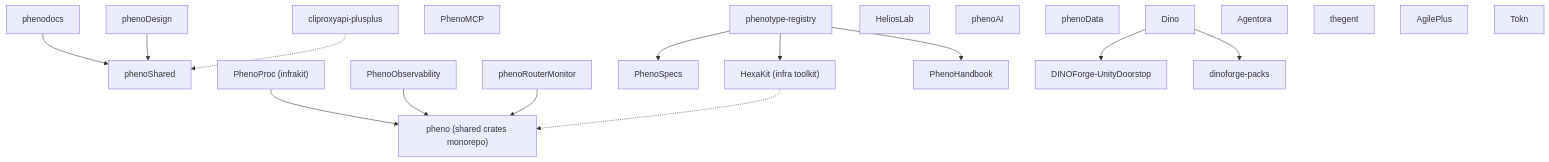
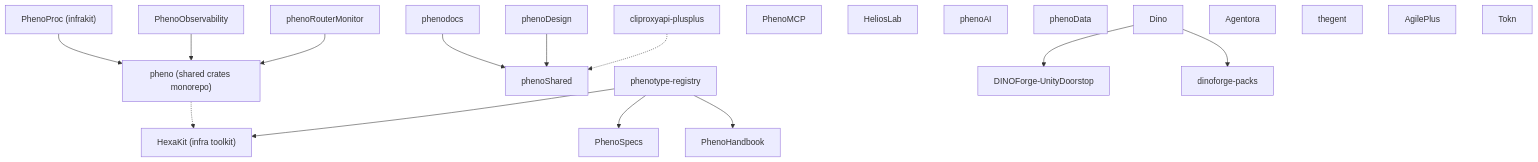
The diagram in ECOSYSTEM_MAP.md (KooshaPari/phenotype-registry), drawn with Mermaid before and after one commit. The commit also changed other lines of this file, not shown here.

````diff
--- a/ECOSYSTEM_MAP.md
+++ b/ECOSYSTEM_MAP.md
@@ -72,39 +72,39 @@
 ```mermaid
 graph TD
     pheno["pheno (shared crates monorepo)"]
     HexaKit["HexaKit (infra toolkit)"]
     PhenoProc["PhenoProc (infrakit)"]
     PhenoObservability["PhenoObservability"]
     phenoRouterMonitor["phenoRouterMonitor"]
     phenoShared["phenoShared"]
     phenodocs["phenodocs"]
     phenoDesign["phenoDesign"]
     cliproxyapi["cliproxyapi-plusplus"]
     PhenoMCP["PhenoMCP"]
     phenotype_registry["phenotype-registry"]
     PhenoSpecs["PhenoSpecs"]
     PhenoHandbook["PhenoHandbook"]
     HeliosLab["HeliosLab"]
     phenoAI["phenoAI"]
     phenoData["phenoData"]
     Dino["Dino"]
     DINOForge_ud["DINOForge-UnityDoorstop"]
     dinoforge_packs["dinoforge-packs"]
     Agentora["Agentora"]
     thegent["thegent"]
     AgilePlus["AgilePlus"]
     Tokn["Tokn"]
 
     PhenoProc --> pheno
     PhenoObservability --> pheno
     phenoRouterMonitor --> pheno
-    HexaKit -.-> pheno
+    pheno -.-> HexaKit
     phenodocs --> phenoShared
     phenoDesign --> phenoShared
     phenotype_registry --> PhenoSpecs
     phenotype_registry --> HexaKit
     phenotype_registry --> PhenoHandbook
     Dino --> DINOForge_ud
     Dino --> dinoforge_packs
     cliproxyapi -.-> phenoShared
 ```
````
